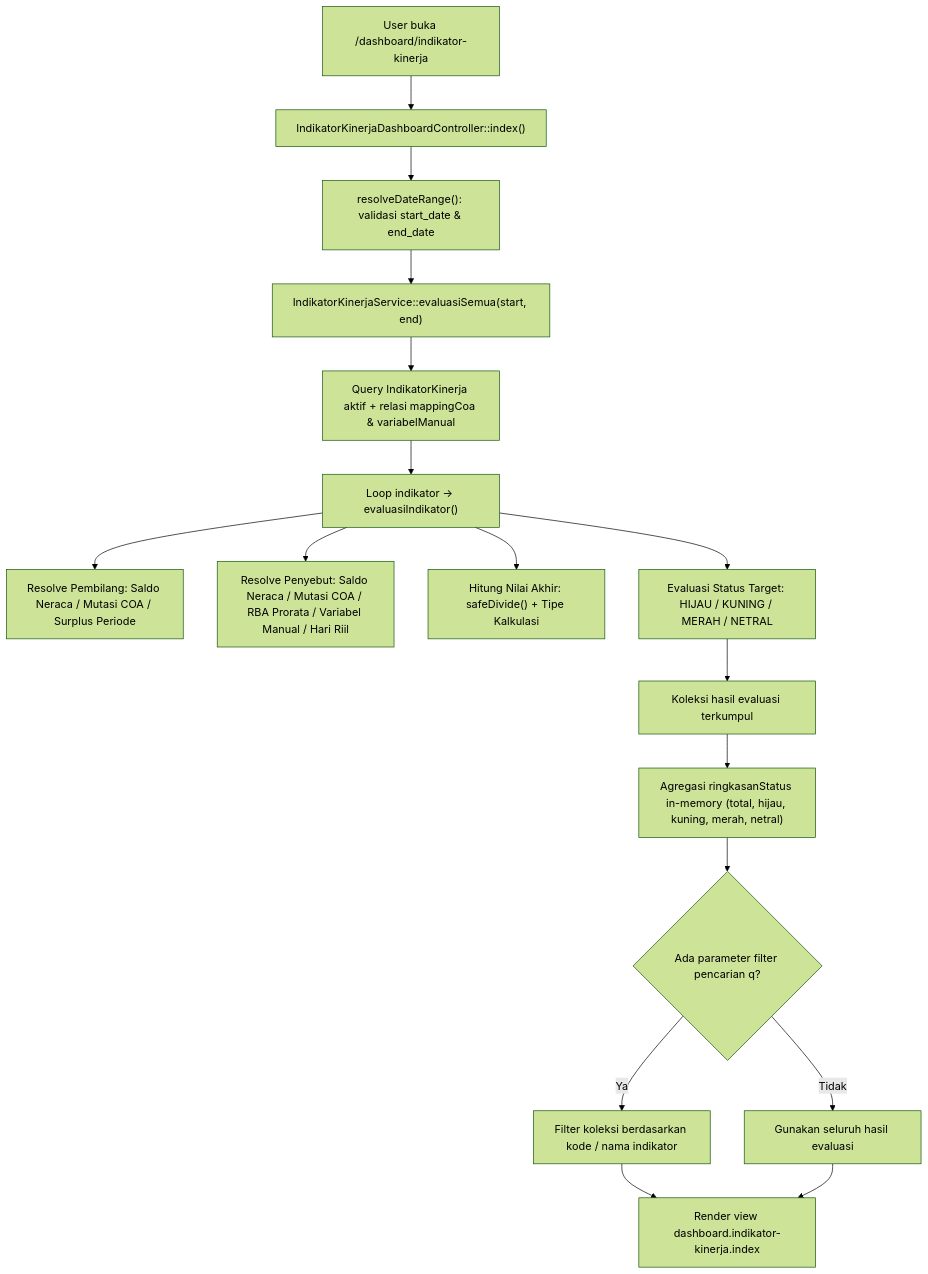
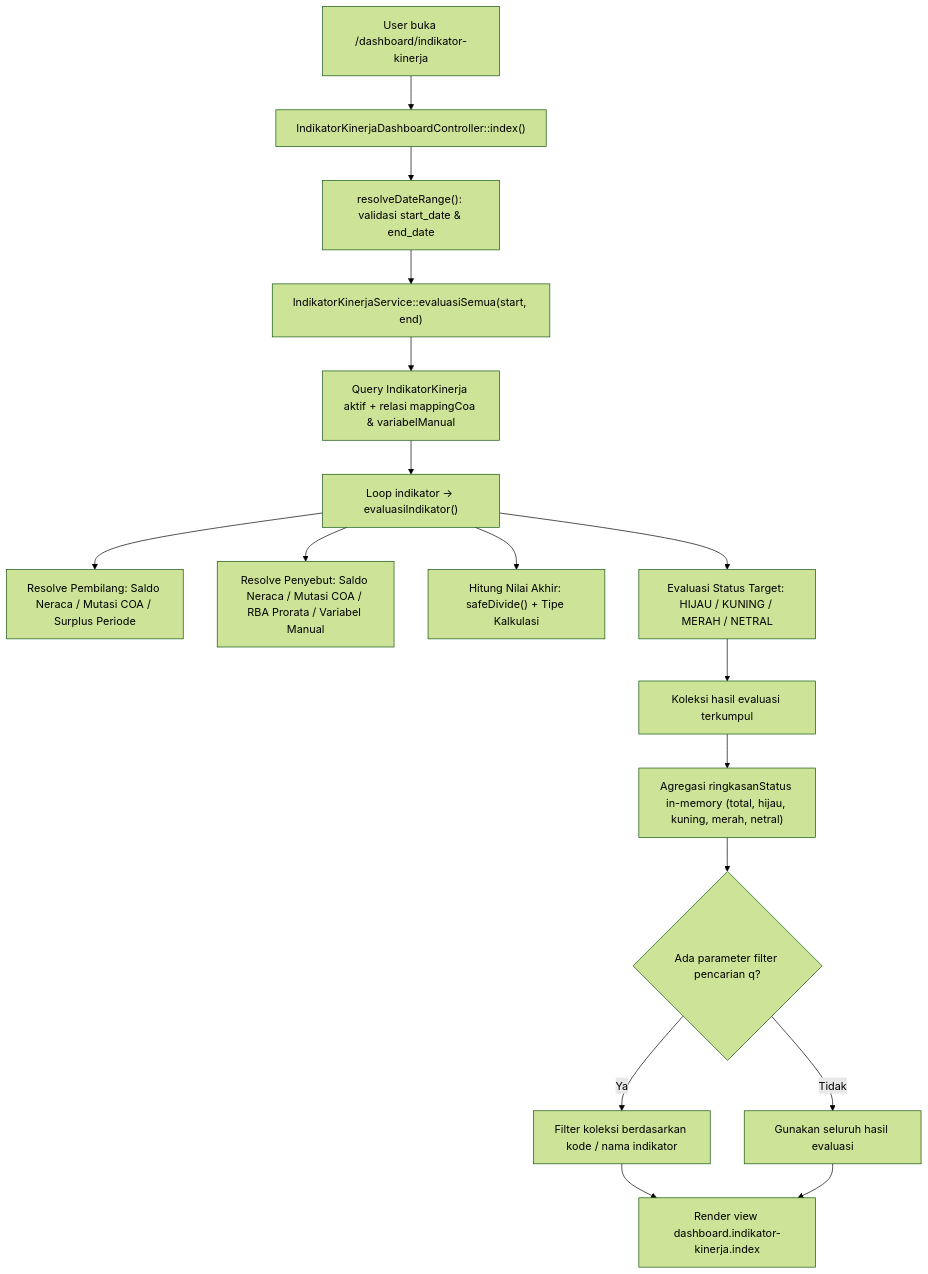
The first of 2 diagrams in dokumentasi/indikator-kinerja.md (AltamaSidoarjo/laravel-siakurat-pt-smt), drawn with Mermaid (forest theme) before and after one commit. The commit also changed other lines of this file and 7 other files, not shown here.

````diff
--- a/dokumentasi/indikator-kinerja.md
+++ b/dokumentasi/indikator-kinerja.md
@@ -55,19 +55,19 @@
 ```mermaid
 flowchart TD
     A["User buka /dashboard/indikator-kinerja"] --> B["IndikatorKinerjaDashboardController::index()"]
     B --> C["resolveDateRange(): validasi start_date & end_date"]
     C --> D["IndikatorKinerjaService::evaluasiSemua(start, end)"]
     D --> E["Query IndikatorKinerja aktif + relasi mappingCoa & variabelManual"]
     E --> F["Loop indikator -> evaluasiIndikator()"]
     F --> G["Resolve Pembilang: Saldo Neraca / Mutasi COA / Surplus Periode"]
-    F --> H["Resolve Penyebut: Saldo Neraca / Mutasi COA / RBA Prorata / Variabel Manual / Hari Riil"]
+    F --> H["Resolve Penyebut: Saldo Neraca / Mutasi COA / RBA Prorata / Variabel Manual"]
     F --> I["Hitung Nilai Akhir: safeDivide() + Tipe Kalkulasi"]
     F --> J["Evaluasi Status Target: HIJAU / KUNING / MERAH / NETRAL"]
     J --> K["Koleksi hasil evaluasi terkumpul"]
     K --> L["Agregasi ringkasanStatus in-memory (total, hijau, kuning, merah, netral)"]
     L --> M{"Ada parameter filter pencarian q?"}
     M -- Ya --> N["Filter koleksi berdasarkan kode / nama indikator"]
     M -- Tidak --> O["Gunakan seluruh hasil evaluasi"]
     N --> P["Render view dashboard.indikator-kinerja.index"]
     O --> P
 ```
````
